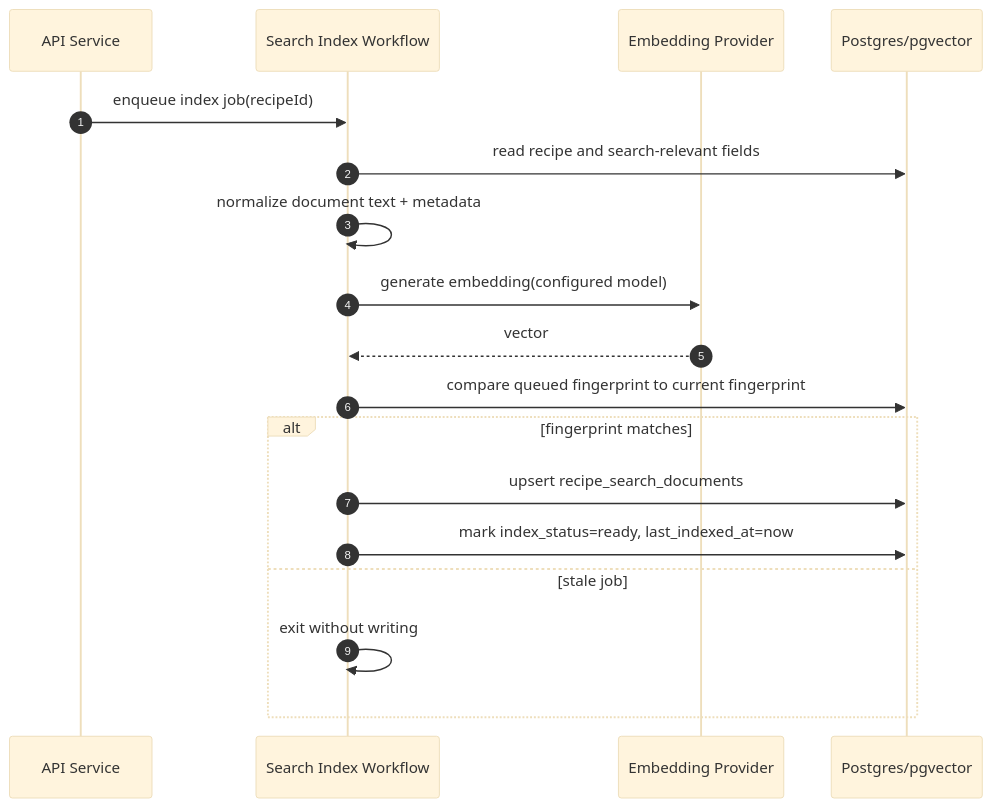
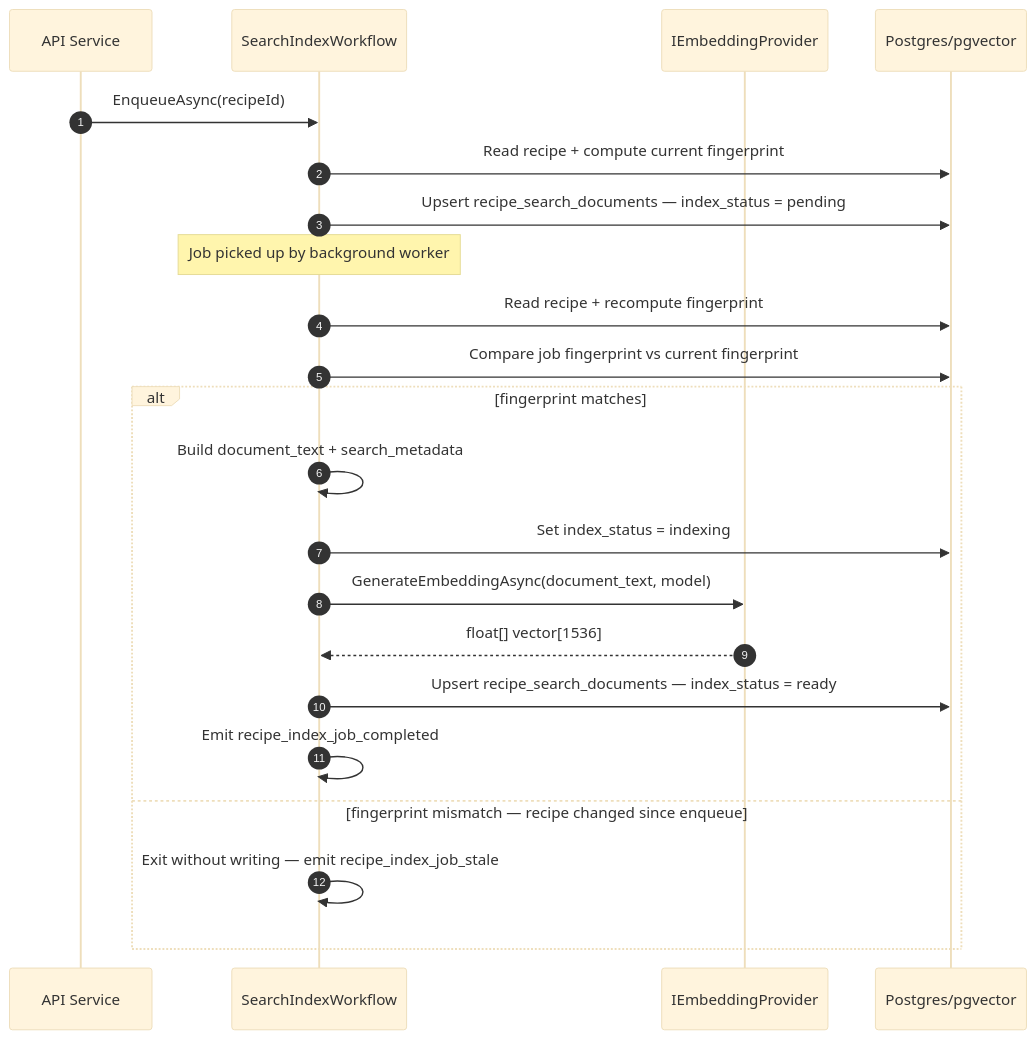
One commit to AlexandreBrisebois/whats-for-supper changed the third of 8 diagrams in docs/flows/data-flows/recipe-search-index-and-recovery.md. Above: the diagram before and after it, drawn with Mermaid (base theme). The commit also changed other lines of this file and 14 other files, not shown here.

````diff
--- a/docs/flows/data-flows/recipe-search-index-and-recovery.md
+++ b/docs/flows/data-flows/recipe-search-index-and-recovery.md
@@ -180,21 +196,26 @@
 ```mermaid
 sequenceDiagram
     autonumber
     participant App as API Service
-    participant WF as Search Index Workflow
-    participant Embed as Embedding Provider
+    participant WF as SearchIndexWorkflow
+    participant Embed as IEmbeddingProvider
     participant DB as Postgres/pgvector
 
-    App->>WF: enqueue index job(recipeId)
-    WF->>DB: read recipe and search-relevant fields
-    WF->>WF: normalize document text + metadata
-    WF->>Embed: generate embedding(configured model)
-    Embed-->>WF: vector
-    WF->>DB: compare queued fingerprint to current fingerprint
+    App->>WF: EnqueueAsync(recipeId)
+    WF->>DB: Read recipe + compute current fingerprint
+    WF->>DB: Upsert recipe_search_documents — index_status = pending
+    Note over WF: Job picked up by background worker
+
+    WF->>DB: Read recipe + recompute fingerprint
+    WF->>DB: Compare job fingerprint vs current fingerprint
     alt fingerprint matches
-        WF->>DB: upsert recipe_search_documents
-        WF->>DB: mark index_status=ready, last_indexed_at=now
-    else stale job
-        WF->>WF: exit without writing
+        WF->>WF: Build document_text + search_metadata
+        WF->>DB: Set index_status = indexing
+        WF->>Embed: GenerateEmbeddingAsync(document_text, model)
+        Embed-->>WF: float[] vector[1536]
+        WF->>DB: Upsert recipe_search_documents — index_status = ready
+        WF->>WF: Emit recipe_index_job_completed
+    else fingerprint mismatch — recipe changed since enqueue
+        WF->>WF: Exit without writing — emit recipe_index_job_stale
     end
 ```
````
